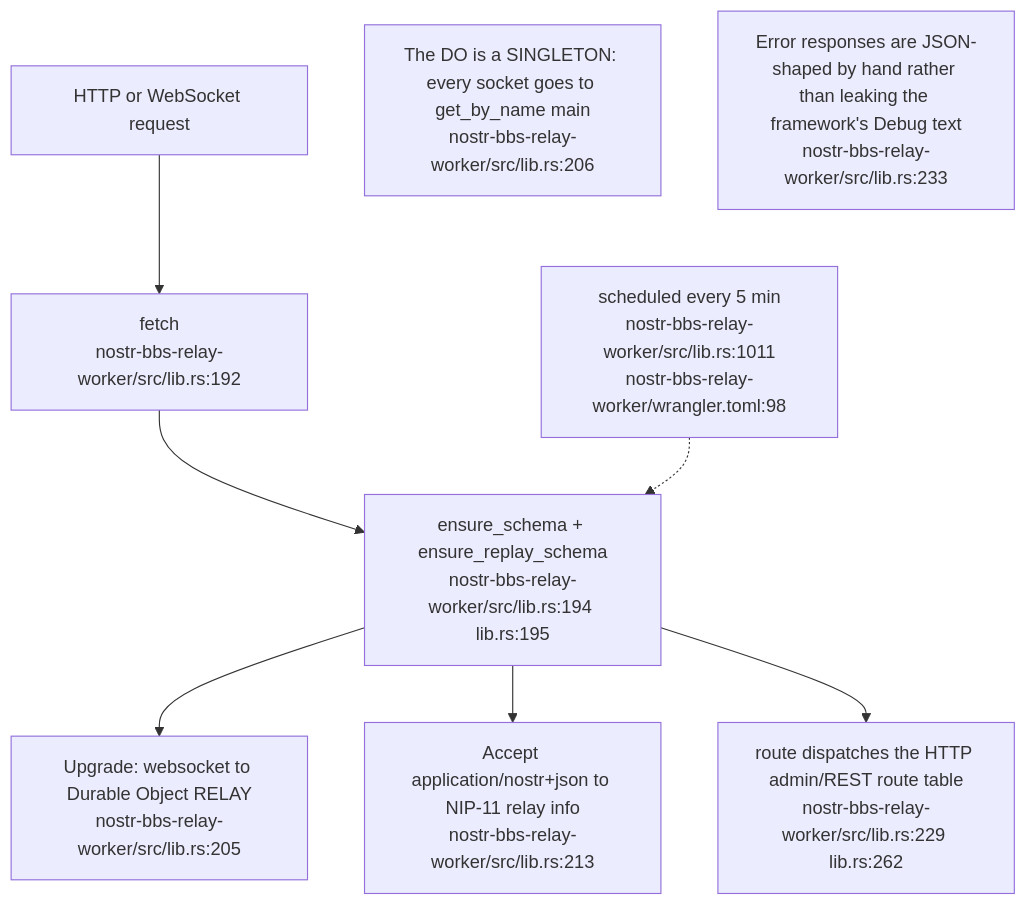
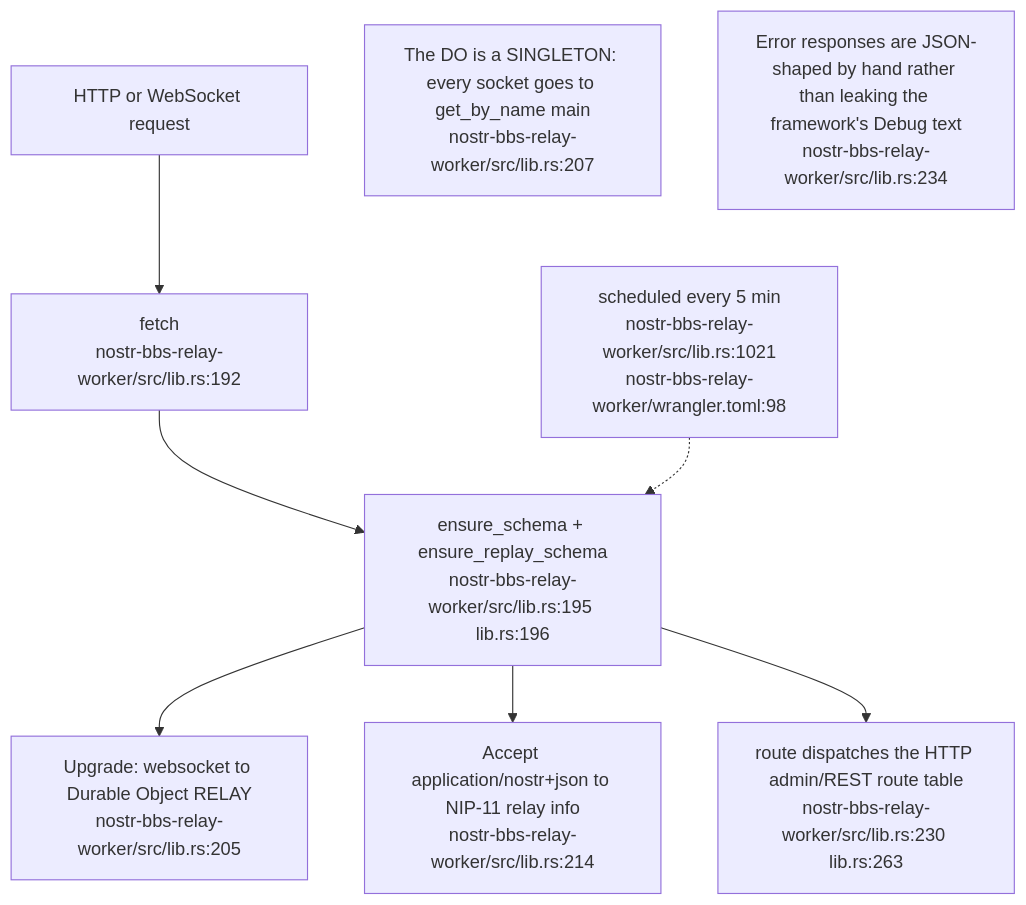
One commit to DreamLab-AI/VisionFlow changed the first of 14 diagrams in docs/diagrams/nostr-rust-forum/03-relay-worker-admission-auth-and-trust.md. Above: the diagram before and after it, drawn with Mermaid. The commit also changed other lines of this file and 111 other files, not shown here.

Commit message:
docs(diagrams): align estate maps with current source

````diff
--- a/docs/diagrams/nostr-rust-forum/03-relay-worker-admission-auth-and-trust.md
+++ b/docs/diagrams/nostr-rust-forum/03-relay-worker-admission-auth-and-trust.md
@@ -24,19 +24,19 @@
 ```mermaid
 flowchart TB
     REQ["HTTP or WebSocket request"]
     F["fetch<br/>nostr-bbs-relay-worker/src/lib.rs:192"]
-    BOOT["ensure_schema + ensure_replay_schema<br/>nostr-bbs-relay-worker/src/lib.rs:194 lib.rs:195"]
+    BOOT["ensure_schema + ensure_replay_schema<br/>nostr-bbs-relay-worker/src/lib.rs:195 lib.rs:196"]
     WS["Upgrade: websocket to Durable Object RELAY<br/>nostr-bbs-relay-worker/src/lib.rs:205"]
-    N11["Accept application/nostr+json to NIP-11 relay info<br/>nostr-bbs-relay-worker/src/lib.rs:213"]
-    RT["route dispatches the HTTP admin/REST route table<br/>nostr-bbs-relay-worker/src/lib.rs:229 lib.rs:262"]
-    CRON["scheduled every 5 min<br/>nostr-bbs-relay-worker/src/lib.rs:1011<br/>nostr-bbs-relay-worker/wrangler.toml:98"]
+    N11["Accept application/nostr+json to NIP-11 relay info<br/>nostr-bbs-relay-worker/src/lib.rs:214"]
+    RT["route dispatches the HTTP admin/REST route table<br/>nostr-bbs-relay-worker/src/lib.rs:230 lib.rs:263"]
+    CRON["scheduled every 5 min<br/>nostr-bbs-relay-worker/src/lib.rs:1021<br/>nostr-bbs-relay-worker/wrangler.toml:98"]
 
     REQ --> F --> BOOT
     BOOT --> WS
     BOOT --> N11
     BOOT --> RT
     CRON -.-> BOOT
 
-    N1["The DO is a SINGLETON: every socket goes to get_by_name main<br/>nostr-bbs-relay-worker/src/lib.rs:206"]
-    N2["Error responses are JSON-shaped by hand rather than leaking the framework's Debug text<br/>nostr-bbs-relay-worker/src/lib.rs:233"]
+    N1["The DO is a SINGLETON: every socket goes to get_by_name main<br/>nostr-bbs-relay-worker/src/lib.rs:207"]
+    N2["Error responses are JSON-shaped by hand rather than leaking the framework's Debug text<br/>nostr-bbs-relay-worker/src/lib.rs:234"]
 ```
````
